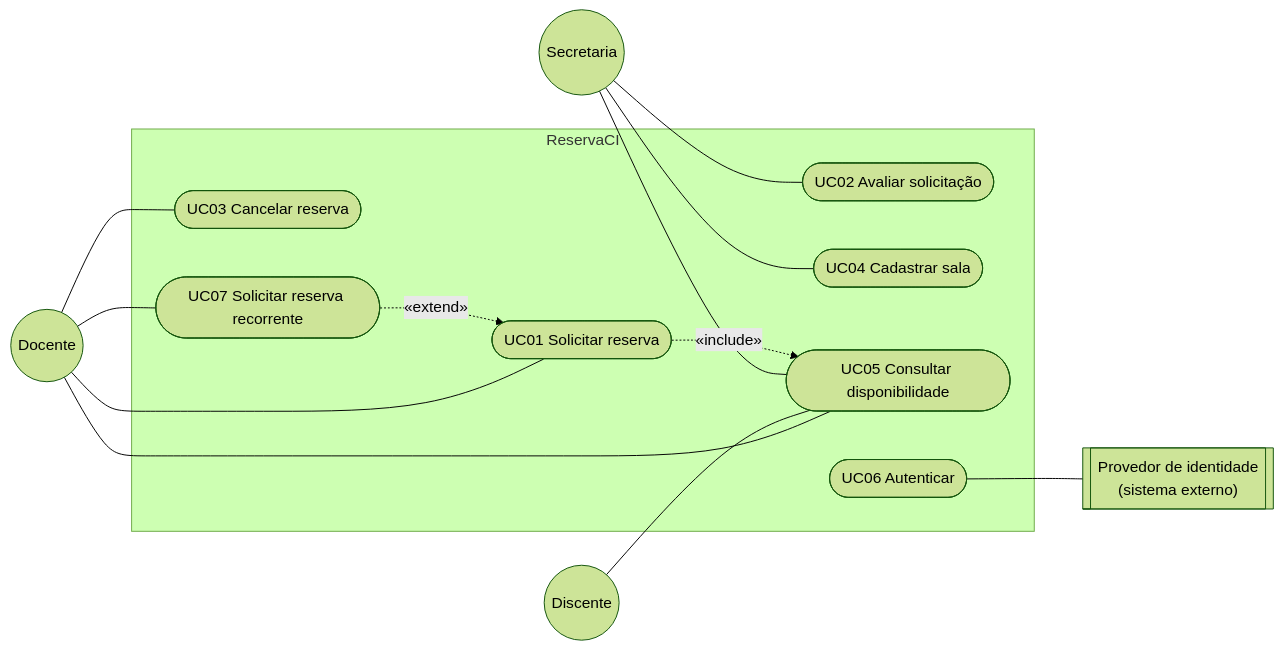
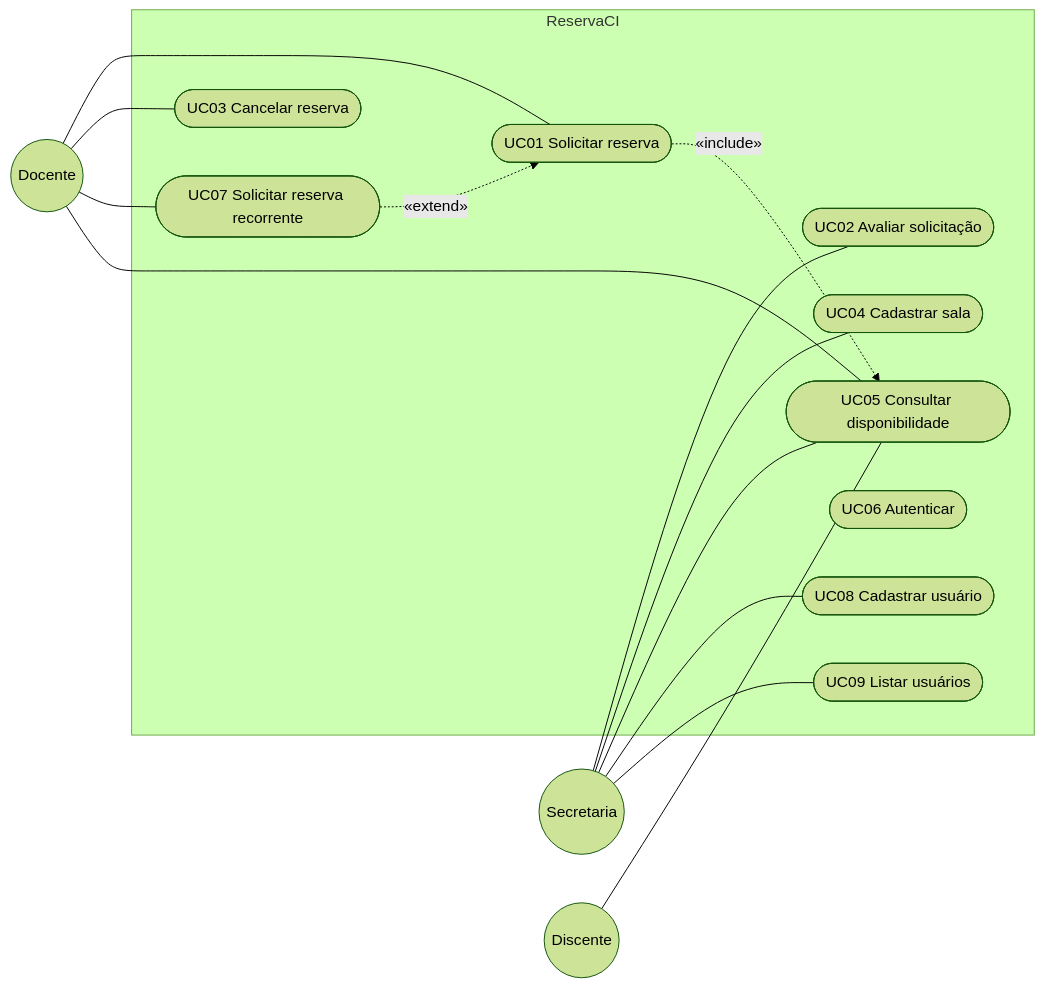
Before and after one commit to rkulesza/mps-modelo: the diagram in docs/04-casos-de-uso/README.md, drawn with Mermaid (forest theme). The commit also changed other lines of this file and 16 other files, not shown here.

````diff
--- a/docs/04-casos-de-uso/README.md
+++ b/docs/04-casos-de-uso/README.md
@@ -10,29 +10,31 @@
 ```mermaid
 flowchart LR
     Docente(("Docente"))
     Secretaria(("Secretaria"))
     Discente(("Discente"))
-    IdP[["Provedor de identidade<br/>(sistema externo)"]]
 
     subgraph ReservaCI
         UC01(["UC01 Solicitar reserva"])
         UC02(["UC02 Avaliar solicitação"])
         UC03(["UC03 Cancelar reserva"])
         UC04(["UC04 Cadastrar sala"])
         UC05(["UC05 Consultar disponibilidade"])
         UC06(["UC06 Autenticar"])
         UC07(["UC07 Solicitar reserva recorrente"])
+        UC08(["UC08 Cadastrar usuário"])
+        UC09(["UC09 Listar usuários"])
     end
 
     Docente --- UC01
     Docente --- UC03
     Docente --- UC07
     Docente --- UC05
     Discente --- UC05
     Secretaria --- UC02
     Secretaria --- UC04
     Secretaria --- UC05
     UC01 -. "«include»" .-> UC05
     UC07 -. "«extend»" .-> UC01
-    UC06 --- IdP
+    Secretaria --- UC08
+    Secretaria --- UC09
 ```
````
